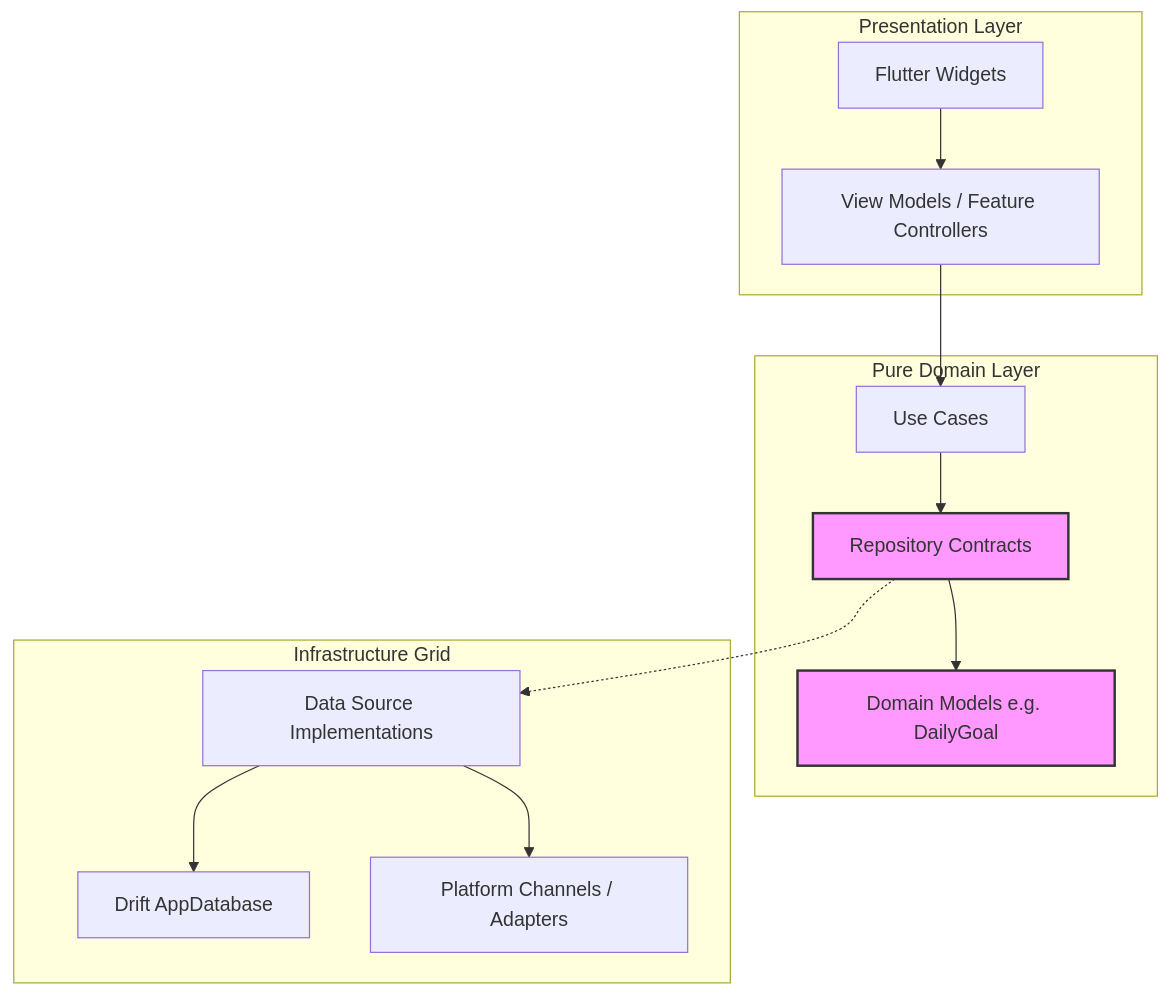
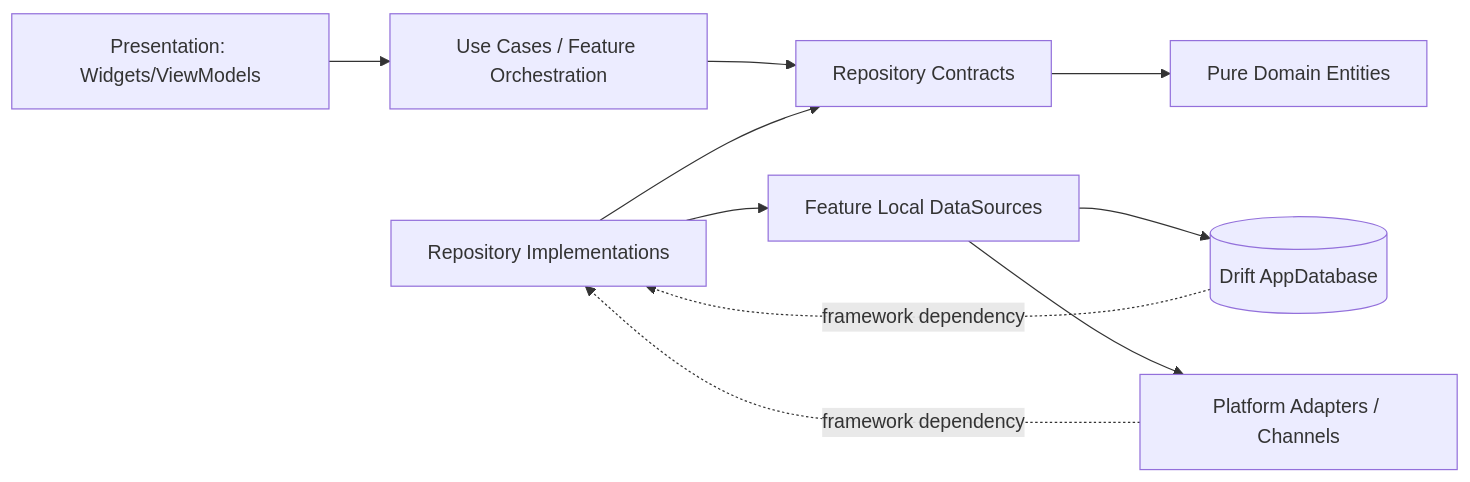
The first of 3 diagrams in documentation/architecture.md (rfivesix/hypertrack), drawn with Mermaid before and after one commit. The commit also changed other lines of this file and 8 other files, not shown here.

First line of the commit message:
docs: synchronize architecture and feature path references

````diff
--- a/documentation/architecture.md
+++ b/documentation/architecture.md
@@ -91,21 +61,14 @@
 ```mermaid
-graph TD
-    subgraph Presentation Layer
-        UI[Flutter Widgets] --> VM[View Models / Feature Controllers]
-    end
+graph LR
+    UI[Presentation: Widgets/ViewModels] --> UC[Use Cases / Feature Orchestration]
+    UC --> RC[Repository Contracts]
+    RC --> E[Pure Domain Entities]
 
-    subgraph Pure Domain Layer
-        VM --> UC[Use Cases]
-        UC --> Repos[Repository Contracts]
-        Repos --> Models[Domain Models e.g. DailyGoal]
-    end
+    RI[Repository Implementations] --> RC
+    RI --> DS[Feature Local DataSources]
+    DS --> DB[(Drift AppDatabase)]
+    DS --> PC[Platform Adapters / Channels]
 
-    subgraph Infrastructure Grid
-        Repos -.-> Impl[Data Source Implementations]
-        Impl --> DB[Drift AppDatabase]
-        Impl --> Platform[Platform Channels / Adapters]
-    end
-
-    classDef domain fill:#f9f,stroke:#333,stroke-width:2px;
-    class Repos,Models domain;
+    DB -. framework dependency .-> RI
+    PC -. framework dependency .-> RI
 ```
````
